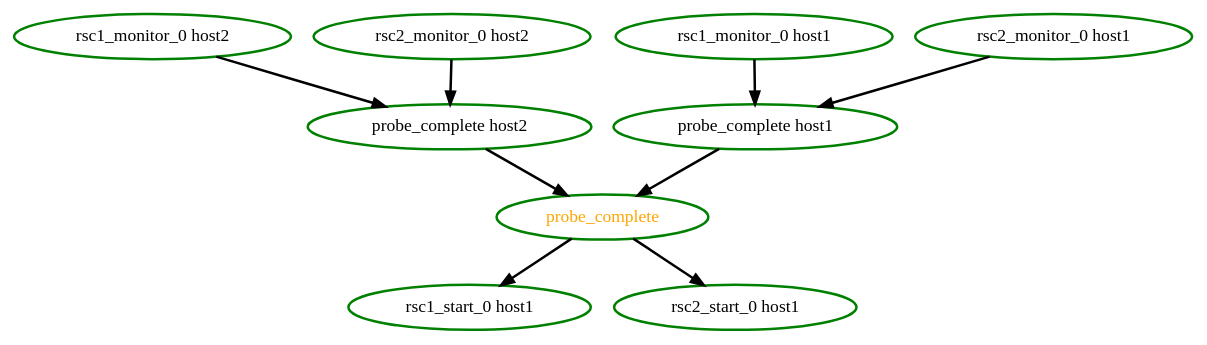
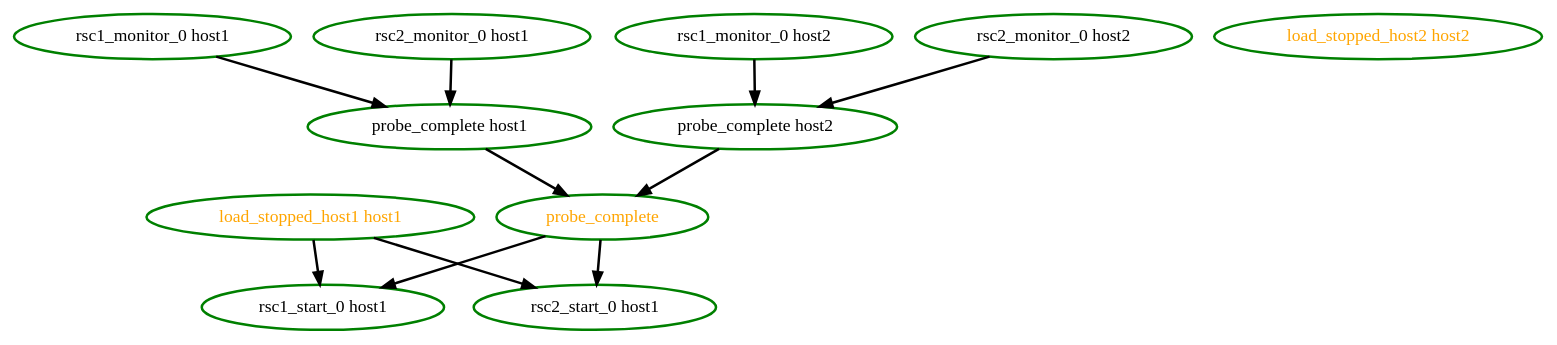
One commit to ClusterLabs/pacemaker changed the diagram in pengine/test10/minimal.dot. Above: the diagram before and after it, drawn with Graphviz. The commit also changed 5 other files, not shown here.

```diff
--- a/pengine/test10/minimal.dot
+++ b/pengine/test10/minimal.dot
@@ -1,19 +1,23 @@
 digraph "g" {
+"load_stopped_host1 host1" -> "rsc1_start_0 host1" [ style = bold]
+"load_stopped_host1 host1" -> "rsc2_start_0 host1" [ style = bold]
+"load_stopped_host1 host1" [ style=bold color="green" fontcolor="orange"  ]
+"load_stopped_host2 host2" [ style=bold color="green" fontcolor="orange"  ]
 "probe_complete host1" -> "probe_complete" [ style = bold]
 "probe_complete host1" [ style=bold color="green" fontcolor="black"  ]
 "probe_complete host2" -> "probe_complete" [ style = bold]
 "probe_complete host2" [ style=bold color="green" fontcolor="black"  ]
 "probe_complete" -> "rsc1_start_0 host1" [ style = bold]
 "probe_complete" -> "rsc2_start_0 host1" [ style = bold]
 "probe_complete" [ style=bold color="green" fontcolor="orange"  ]
 "rsc1_monitor_0 host1" -> "probe_complete host1" [ style = bold]
 "rsc1_monitor_0 host1" [ style=bold color="green" fontcolor="black"  ]
 "rsc1_monitor_0 host2" -> "probe_complete host2" [ style = bold]
 "rsc1_monitor_0 host2" [ style=bold color="green" fontcolor="black"  ]
 "rsc1_start_0 host1" [ style=bold color="green" fontcolor="black"  ]
 "rsc2_monitor_0 host1" -> "probe_complete host1" [ style = bold]
 "rsc2_monitor_0 host1" [ style=bold color="green" fontcolor="black"  ]
 "rsc2_monitor_0 host2" -> "probe_complete host2" [ style = bold]
 "rsc2_monitor_0 host2" [ style=bold color="green" fontcolor="black"  ]
 "rsc2_start_0 host1" [ style=bold color="green" fontcolor="black"  ]
 }
```
